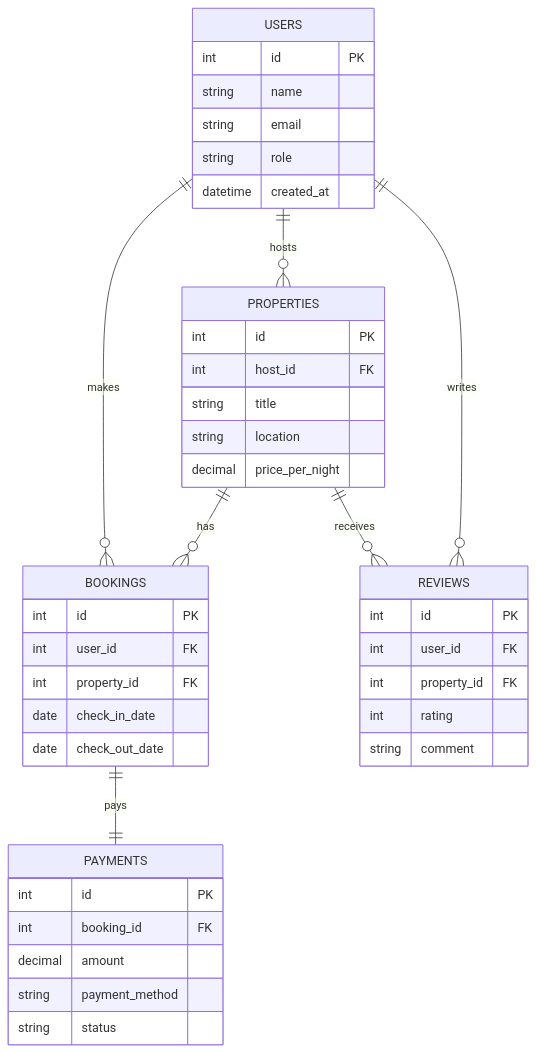
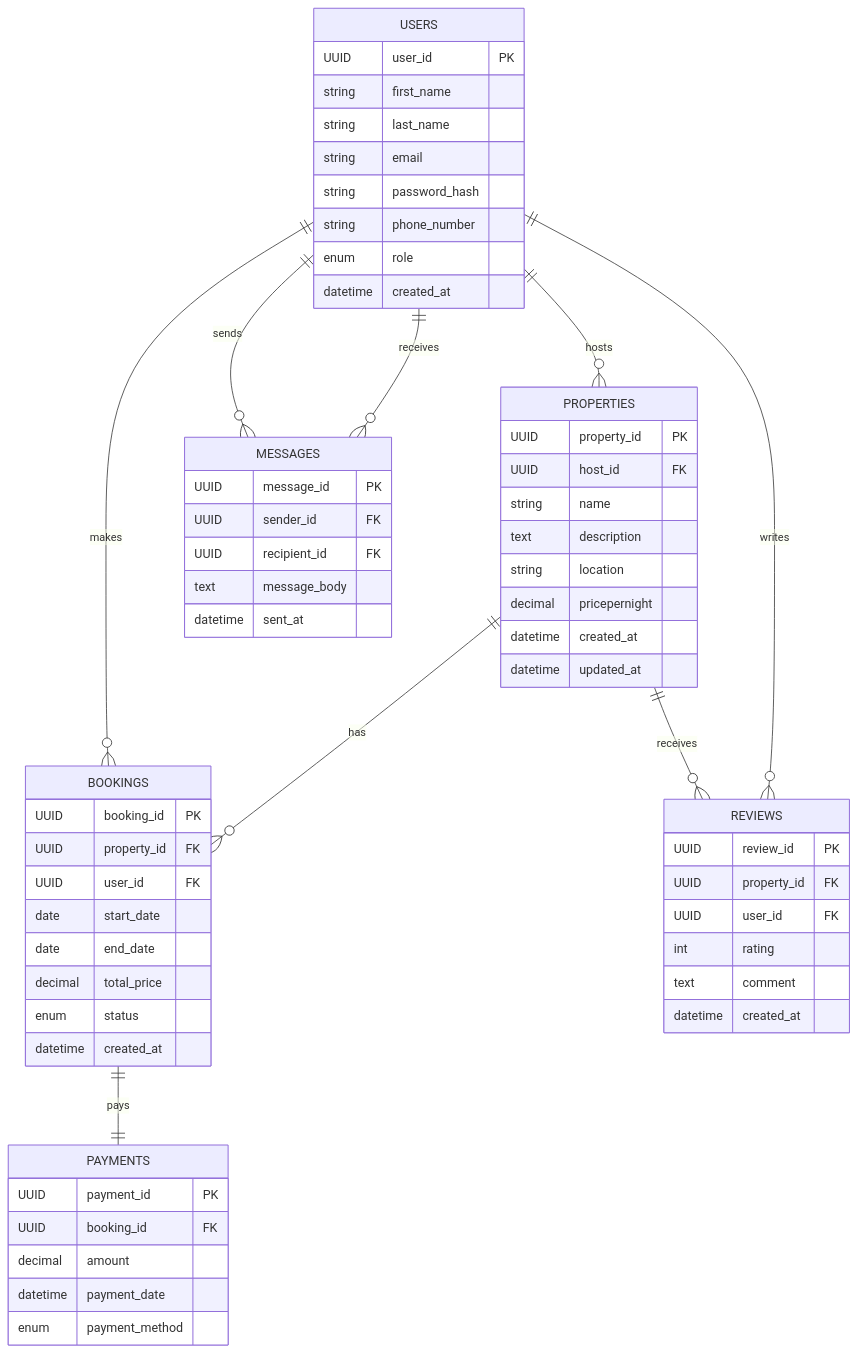
One commit to D0nG4667/airbnb-clone-project changed the first of 2 diagrams in README.md. Above: the diagram before and after it, drawn with Mermaid. The commit also changed other lines of this file, not shown here.

Commit message:
docs: update Database Design section with ERD, normalization, schema, and indexing

````diff
--- a/README.md
+++ b/README.md
@@ -300,45 +298,64 @@
 ```mermaid
 erDiagram
     USERS {
-        int id PK
-        string name
+        UUID user_id PK
+        string first_name
+        string last_name
         string email
-        string role
+        string password_hash
+        string phone_number
+        enum role
         datetime created_at
     }
     PROPERTIES {
-        int id PK
-        int host_id FK
-        string title
+        UUID property_id PK
+        UUID host_id FK
+        string name
+        text description
         string location
-        decimal price_per_night
+        decimal pricepernight
+        datetime created_at
+        datetime updated_at
     }
     BOOKINGS {
-        int id PK
-        int user_id FK
-        int property_id FK
-        date check_in_date
-        date check_out_date
+        UUID booking_id PK
+        UUID property_id FK
+        UUID user_id FK
+        date start_date
+        date end_date
+        decimal total_price
+        enum status
+        datetime created_at
     }
     PAYMENTS {
-        int id PK
-        int booking_id FK
+        UUID payment_id PK
+        UUID booking_id FK
         decimal amount
-        string payment_method
-        string status
+        datetime payment_date
+        enum payment_method
     }
     REVIEWS {
-        int id PK
-        int user_id FK
-        int property_id FK
+        UUID review_id PK
+        UUID property_id FK
+        UUID user_id FK
         int rating
-        string comment
+        text comment
+        datetime created_at
+    }
+    MESSAGES {
+        UUID message_id PK
+        UUID sender_id FK
+        UUID recipient_id FK
+        text message_body
+        datetime sent_at
     }
 
     USERS ||--o{ PROPERTIES : "hosts"
     USERS ||--o{ BOOKINGS : "makes"
     PROPERTIES ||--o{ BOOKINGS : "has"
+    BOOKINGS ||--|| PAYMENTS : "pays"
     PROPERTIES ||--o{ REVIEWS : "receives"
     USERS ||--o{ REVIEWS : "writes"
-    BOOKINGS ||--|| PAYMENTS : "pays"
+    USERS ||--o{ MESSAGES : "sends"
+    USERS ||--o{ MESSAGES : "receives"
 ```
````
